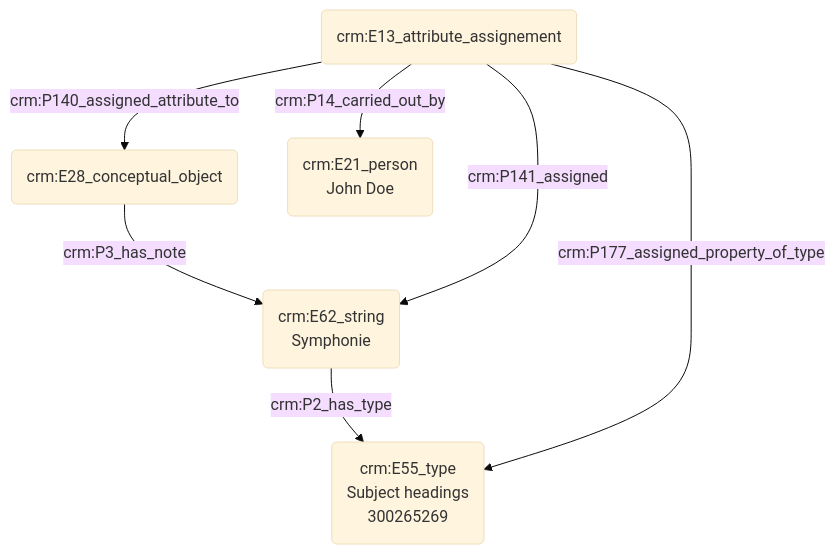
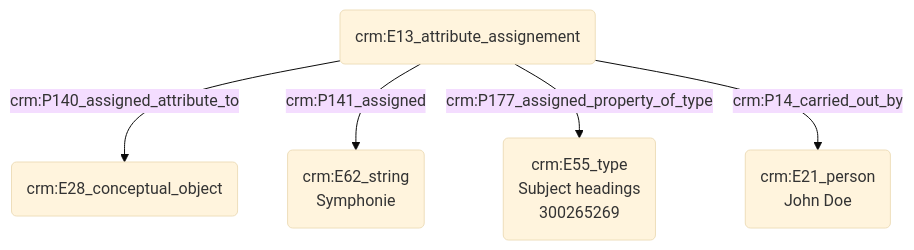
One commit to Amleth/consortium-musica2-gt2-ontologies changed the diagram in modules/livrables/Dossier 2/Indexation conceptuelle/indexation d'une thématique.md. Above: the diagram before and after it, drawn with Mermaid (base theme).

Commit message:
Update indexation d'une thématique.md

````diff
--- a/modules/livrables/Dossier 2/Indexation conceptuelle/indexation d'une thématique.md
+++ b/modules/livrables/Dossier 2/Indexation conceptuelle/indexation d'une thématique.md
@@ -16,12 +16,9 @@
 ```mermaid
 graph TD;
-
-A(crm:E28_conceptual_object) --> |crm:P3_has_note| B(crm:E62_string<br>Symphonie)
-B(crm:E62_string<br>Symphonie) --> |crm:P2_has_type| C(crm:E55_type<br>Subject headings<br>300265269)
 
 D(crm:E13_attribute_assignement) --> |crm:P140_assigned_attribute_to| A(crm:E28_conceptual_object)
 D(crm:E13_attribute_assignement) --> |crm:P141_assigned| B(crm:E62_string<br>Symphonie)
 D(crm:E13_attribute_assignement) --> |crm:P177_assigned_property_of_type| C(crm:E55_type<br>Subject headings<br>300265269)
 D(crm:E13_attribute_assignement) --> |crm:P14_carried_out_by| F(crm:E21_person<br>John Doe)
 
 ```
````
